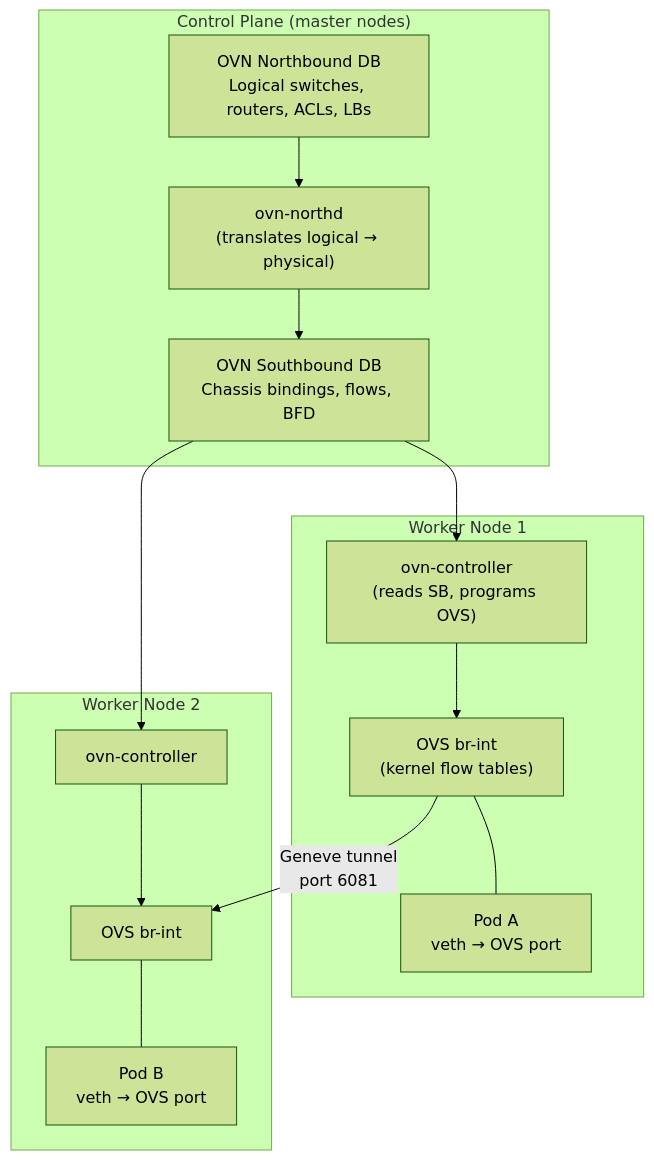
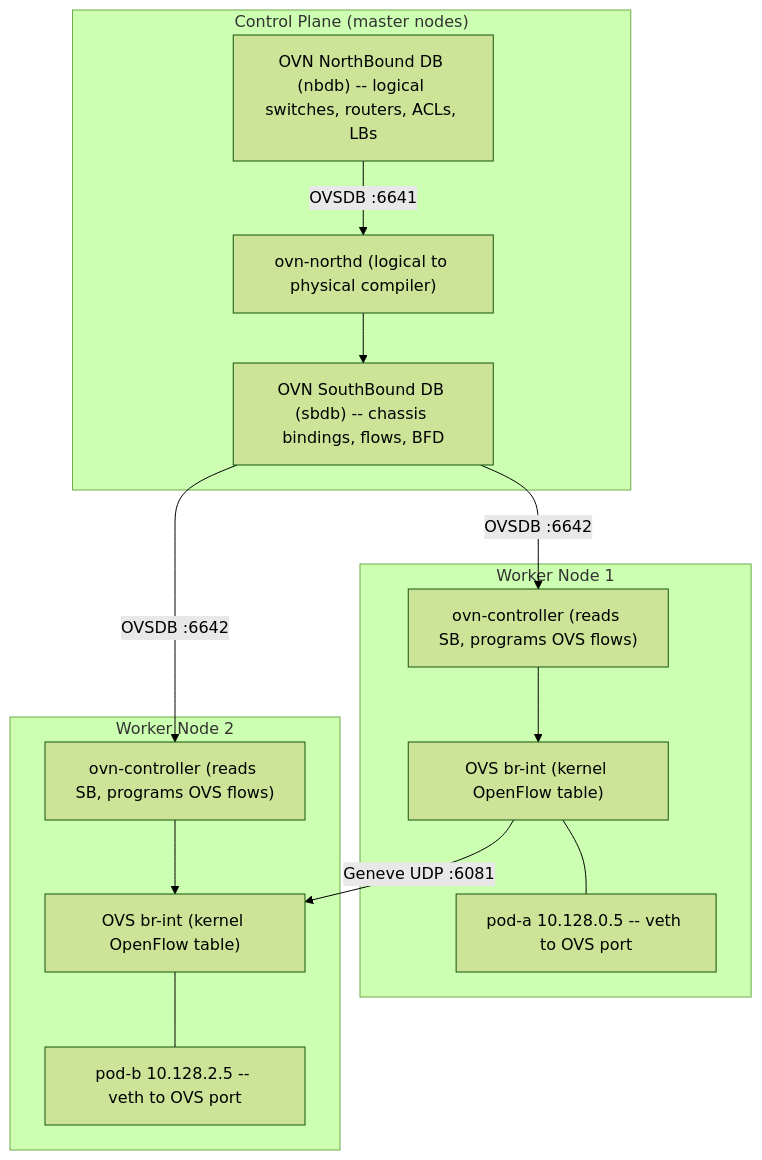
One commit to MykolaLebid/Kubernetes_networking_engineering changed the first of 3 diagrams in lessons/26-ovn-kubernetes.md. Above: the diagram before and after it, drawn with Mermaid (forest theme). The commit also changed other lines of this file and 35 other files, not shown here.

First line of the commit message:
Restructure all 34 lessons: Theory/Practice split, richer diagrams, industry examples, navigation

````diff
--- a/lessons/26-ovn-kubernetes.md
+++ b/lessons/26-ovn-kubernetes.md
@@ -34,22 +21,22 @@
 ```mermaid
 flowchart TD
     subgraph Control["Control Plane (master nodes)"]
-        NB["OVN Northbound DB\nLogical switches, routers, ACLs, LBs"]
-        NORTHD["ovn-northd\n(translates logical → physical)"]
-        SB["OVN Southbound DB\nChassis bindings, flows, BFD"]
+        NB["OVN NorthBound DB (nbdb) -- logical switches, routers, ACLs, LBs"]
+        NORTHD["ovn-northd (logical to physical compiler)"]
+        SB["OVN SouthBound DB (sbdb) -- chassis bindings, flows, BFD"]
     end
     subgraph Node1["Worker Node 1"]
-        OC1["ovn-controller\n(reads SB, programs OVS)"]
-        OVS1["OVS br-int\n(kernel flow tables)"]
-        POD1["Pod A\nveth → OVS port"]
+        OC1["ovn-controller (reads SB, programs OVS flows)"]
+        OVS1["OVS br-int (kernel OpenFlow table)"]
+        POD1["pod-a 10.128.0.5 -- veth to OVS port"]
     end
     subgraph Node2["Worker Node 2"]
-        OC2["ovn-controller"]
-        OVS2["OVS br-int"]
-        POD2["Pod B\nveth → OVS port"]
+        OC2["ovn-controller (reads SB, programs OVS flows)"]
+        OVS2["OVS br-int (kernel OpenFlow table)"]
+        POD2["pod-b 10.128.2.5 -- veth to OVS port"]
     end
-    NB --> NORTHD --> SB
-    SB --> OC1 --> OVS1 --- POD1
-    SB --> OC2 --> OVS2 --- POD2
-    OVS1 -- "Geneve tunnel\nport 6081" --> OVS2
+    NB --"OVSDB :6641"--> NORTHD --> SB
+    SB --"OVSDB :6642"--> OC1 --> OVS1 --- POD1
+    SB --"OVSDB :6642"--> OC2 --> OVS2 --- POD2
+    OVS1 --"Geneve UDP :6081"--> OVS2
 ```
````
